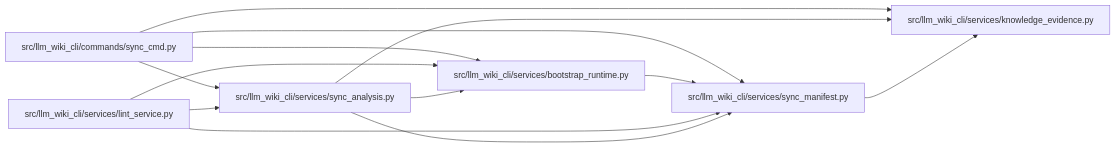
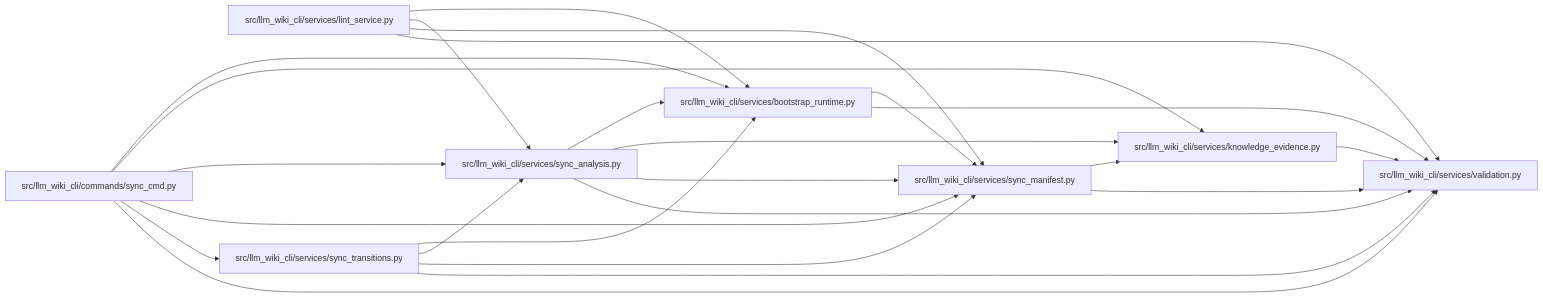
The diagram in docs/llm_wiki/modules/sync_analysis.md (Denissvgn/python-wiki-llm), drawn with Mermaid before and after one commit. The commit also changed other lines of this file and 490 other files, not shown here.

````diff
--- a/docs/llm_wiki/modules/sync_analysis.md
+++ b/docs/llm_wiki/modules/sync_analysis.md
@@ -24,27 +26,42 @@
 ```mermaid
 flowchart LR
     n0["src/llm_wiki_cli/commands/sync_cmd.py"]
     n1["src/llm_wiki_cli/services/bootstrap_runtime.py"]
     n2["src/llm_wiki_cli/services/knowledge_evidence.py"]
     n3["src/llm_wiki_cli/services/lint_service.py"]
     n4["src/llm_wiki_cli/services/sync_analysis.py"]
     n5["src/llm_wiki_cli/services/sync_manifest.py"]
+    n6["src/llm_wiki_cli/services/sync_transitions.py"]
+    n7["src/llm_wiki_cli/services/validation.py"]
     n0 --> n1
     n0 --> n2
     n0 --> n4
     n0 --> n5
+    n0 --> n6
+    n0 --> n7
     n1 --> n5
+    n1 --> n7
+    n2 --> n7
     n3 --> n1
     n3 --> n4
     n3 --> n5
+    n3 --> n7
     n4 --> n1
     n4 --> n2
     n4 --> n5
+    n4 --> n7
     n5 --> n2
+    n5 --> n7
+    n6 --> n1
+    n6 --> n4
+    n6 --> n5
+    n6 --> n7
     click n0 "../modules/sync_cmd.md"
     click n1 "../modules/bootstrap_runtime.md"
     click n2 "../modules/knowledge_evidence.md"
     click n3 "../modules/lint_service.md"
     click n4 "../modules/sync_analysis.md"
     click n5 "../modules/sync_manifest.md"
+    click n6 "../modules/sync_transitions.md"
+    click n7 "../modules/validation.md"
 ```
````
